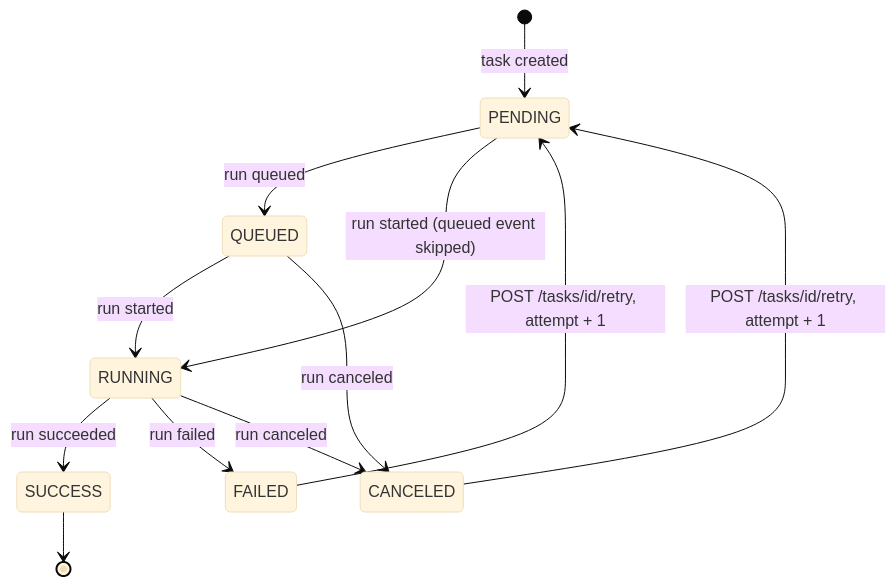
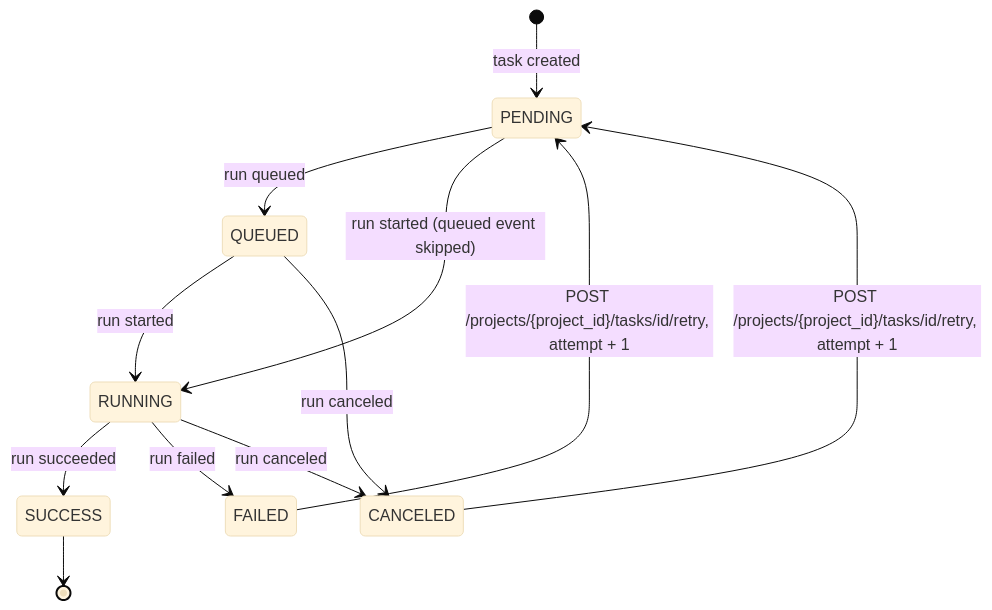
One commit to Aridhia-Open-Source/PHEMS_federated_node changed the fourth of 5 diagrams in docs/architecture/entities.md. Above: the diagram before and after it, drawn with Mermaid (base theme). The commit also changed other lines of this file and 30 other files, not shown here.

First line of the commit message:
Move the task routes under /projects/<project_id>/tasks

````diff
--- a/docs/architecture/entities.md
+++ b/docs/architecture/entities.md
@@ -253,14 +253,14 @@
 ```mermaid
 stateDiagram-v2
     [*] --> PENDING : task created
     PENDING --> QUEUED : run queued
     QUEUED --> RUNNING : run started
     PENDING --> RUNNING : run started (queued event skipped)
     RUNNING --> SUCCESS : run succeeded
     RUNNING --> FAILED : run failed
     QUEUED --> CANCELED : run canceled
     RUNNING --> CANCELED : run canceled
-    FAILED --> PENDING : POST /tasks/id/retry, attempt + 1
-    CANCELED --> PENDING : POST /tasks/id/retry, attempt + 1
+    FAILED --> PENDING : POST /projects/{project_id}/tasks/id/retry, attempt + 1
+    CANCELED --> PENDING : POST /projects/{project_id}/tasks/id/retry, attempt + 1
     SUCCESS --> [*]
 ```
````
